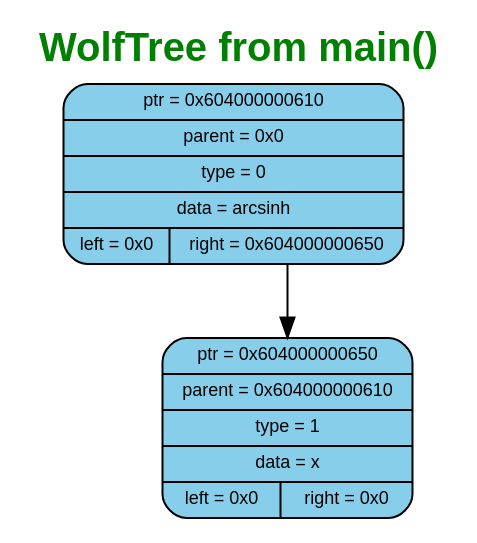
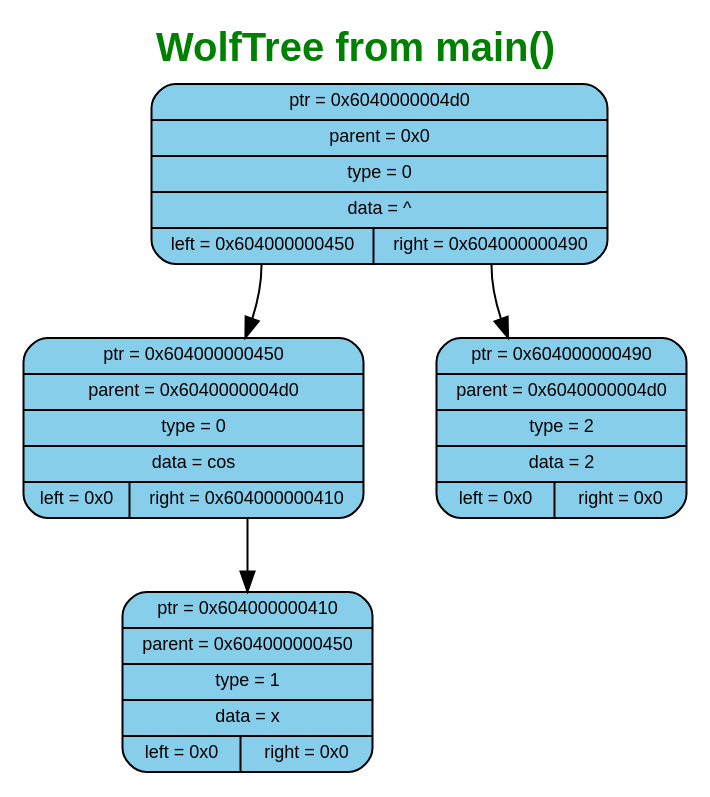
One commit to murugov/WolframSigma changed the diagram in WOLFRAM_SIGMA/ReportFiles/graphs/graph0/wolf.dot. Above: the diagram before and after it, drawn with Graphviz. The commit also changed 54 other files, not shown here.

```diff
--- a/WOLFRAM_SIGMA/ReportFiles/graphs/graph0/wolf.dot
+++ b/WOLFRAM_SIGMA/ReportFiles/graphs/graph0/wolf.dot
@@ -1,17 +1,21 @@
 digraph G {
 	label=<<B>WolfTree from main()</B>>;
 	fontcolor="#008000";
 	fontname="Arial";
 	labelloc="top";
 	labeljust="center";
 	fontsize=20;
 	rankdir=TB;
 	center=true;
 	nodesep=0.5;
 	ranksep=0.5;
 	node[fontsize=9, shape=box, width=0.7, height=0.4, style="filled, rounded", fontname="Arial"];
 
-	n0 [shape=record, label="{ptr = 0x604000000610 | parent = 0x0 | type = 0 | data = arcsinh | {<left> left = 0x0 | <right> right = 0x604000000650}}", fillcolor="#87CEEB", color="black"]
-	n1 [shape=record, label="{ptr = 0x604000000650 | parent = 0x604000000610 | type = 1 | data = x | {<left> left = 0x0 | <right> right = 0x0}}", fillcolor="#87CEEB", color="black"]
-	n0:right -> n1
+	n0 [shape=record, label="{ptr = 0x6040000004d0 | parent = 0x0 | type = 0 | data = ^ | {<left> left = 0x604000000450 | <right> right = 0x604000000490}}", fillcolor="#87CEEB", color="black"]
+	n1 [shape=record, label="{ptr = 0x604000000450 | parent = 0x6040000004d0 | type = 0 | data = cos | {<left> left = 0x0 | <right> right = 0x604000000410}}", fillcolor="#87CEEB", color="black"]
+	n0:left -> n1
+	n2 [shape=record, label="{ptr = 0x604000000490 | parent = 0x6040000004d0 | type = 2 | data = 2 | {<left> left = 0x0 | <right> right = 0x0}}", fillcolor="#87CEEB", color="black"]
+	n0:right -> n2
+	n3 [shape=record, label="{ptr = 0x604000000410 | parent = 0x604000000450 | type = 1 | data = x | {<left> left = 0x0 | <right> right = 0x0}}", fillcolor="#87CEEB", color="black"]
+	n1:right -> n3
 }
```
